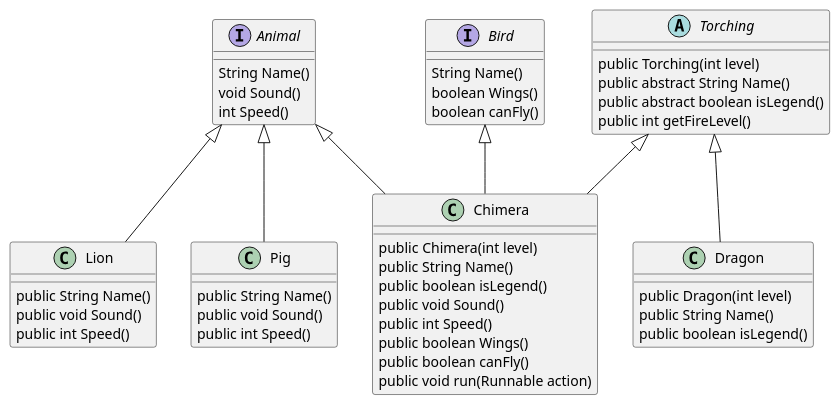
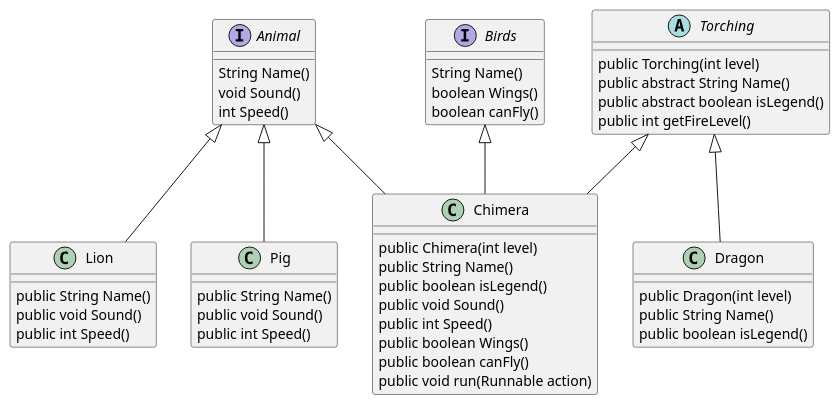
The diagram in src/Chimera.puml (eric999j/Interface), drawn with PlantUML before and after one commit. The commit also changed 2 other files, not shown here.

```diff
--- a/src/Chimera.puml
+++ b/src/Chimera.puml
@@ -1,59 +1,59 @@
 @startuml
 'https://plantuml.com/class-diagram
 
 interface Animal {
 String Name()
 void Sound()
 int Speed()
 }
 
-interface Bird{
+interface Birds{
 String Name()
 boolean Wings()
 boolean canFly()
 }
 
 abstract class Torching{
 public Torching(int level)
 public abstract String Name()
 public abstract boolean isLegend()
 public int getFireLevel()
 }
 
 class Lion{
 public String Name()
 public void Sound()
 public int Speed()
 }
 
 class Pig{
 public String Name()
 public void Sound()
 public int Speed()
 }
 
 class Dragon{
 public Dragon(int level)
 public String Name()
 public boolean isLegend()
 }
 
 class Chimera{
 public Chimera(int level)
 public String Name()
 public boolean isLegend()
 public void Sound()
 public int Speed()
 public boolean Wings()
 public boolean canFly()
 public void run(Runnable action)
 }
 
 Animal <|-- Lion
 Animal <|--Pig
 Animal <|--Chimera
-Bird <|--Chimera
+Birds <|--Chimera
 Torching <|-- Dragon
 Torching <|-- Chimera
 
 @enduml
```
